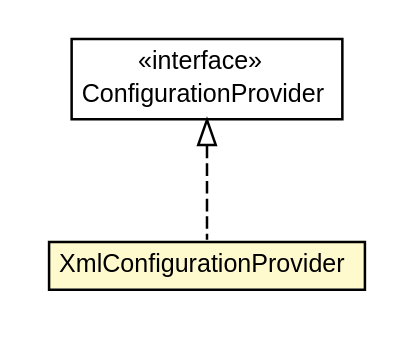
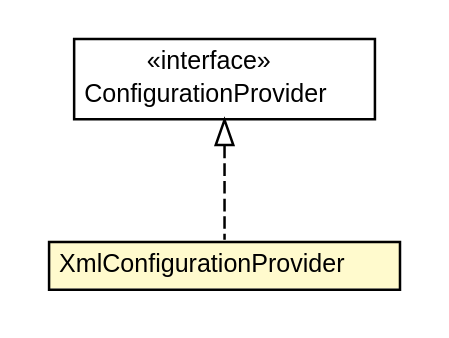
One commit to trajano/doxdb changed the diagram in doxdb-core/apidocs/net/trajano/doxdb/ext/XmlConfigurationProvider.dot. Above: the diagram before and after it, drawn with Graphviz. The commit also changed 227 other files, not shown here.

```diff
--- a/doxdb-core/apidocs/net/trajano/doxdb/ext/XmlConfigurationProvider.dot
+++ b/doxdb-core/apidocs/net/trajano/doxdb/ext/XmlConfigurationProvider.dot
@@ -1,27 +1,27 @@
 #!/usr/local/bin/dot
 #
 # Class diagram 
 # Generated by UMLGraph version R5_6-24-gf6e263 (http://www.umlgraph.org/)
 #
 
 digraph G {
-	edge [fontname="arial",fontsize=10,labelfontname="arial",labelfontsize=10];
-	node [fontname="arial",fontsize=10,shape=plaintext];
+	edge [fontname="Helvetica",fontsize=10,labelfontname="Helvetica",labelfontsize=10];
+	node [fontname="Helvetica",fontsize=10,shape=plaintext];
 	nodesep=0.25;
 	ranksep=0.5;
 	// net.trajano.doxdb.ext.XmlConfigurationProvider
-	c562 [label=<<table title="net.trajano.doxdb.ext.XmlConfigurationProvider" border="0" cellborder="1" cellspacing="0" cellpadding="2" port="p" bgcolor="lemonChiffon" href="./XmlConfigurationProvider.html">
+	c566 [label=<<table title="net.trajano.doxdb.ext.XmlConfigurationProvider" border="0" cellborder="1" cellspacing="0" cellpadding="2" port="p" bgcolor="lemonChiffon" href="./XmlConfigurationProvider.html">
 		<tr><td><table border="0" cellspacing="0" cellpadding="1">
 <tr><td align="center" balign="center"> XmlConfigurationProvider </td></tr>
 		</table></td></tr>
-		</table>>, URL="./XmlConfigurationProvider.html", fontname="arial", fontcolor="black", fontsize=10.0];
+		</table>>, URL="./XmlConfigurationProvider.html", fontname="Helvetica", fontcolor="black", fontsize=10.0];
 	// net.trajano.doxdb.ext.ConfigurationProvider
-	c568 [label=<<table title="net.trajano.doxdb.ext.ConfigurationProvider" border="0" cellborder="1" cellspacing="0" cellpadding="2" port="p" href="./ConfigurationProvider.html">
+	c572 [label=<<table title="net.trajano.doxdb.ext.ConfigurationProvider" border="0" cellborder="1" cellspacing="0" cellpadding="2" port="p" href="./ConfigurationProvider.html">
 		<tr><td><table border="0" cellspacing="0" cellpadding="1">
 <tr><td align="center" balign="center"> &#171;interface&#187; </td></tr>
 <tr><td align="center" balign="center"> ConfigurationProvider </td></tr>
 		</table></td></tr>
-		</table>>, URL="./ConfigurationProvider.html", fontname="arial", fontcolor="black", fontsize=10.0];
+		</table>>, URL="./ConfigurationProvider.html", fontname="Helvetica", fontcolor="black", fontsize=10.0];
 	//net.trajano.doxdb.ext.XmlConfigurationProvider implements net.trajano.doxdb.ext.ConfigurationProvider
-	c568:p -> c562:p [dir=back,arrowtail=empty,style=dashed];
+	c572:p -> c566:p [dir=back,arrowtail=empty,style=dashed];
 }
```
